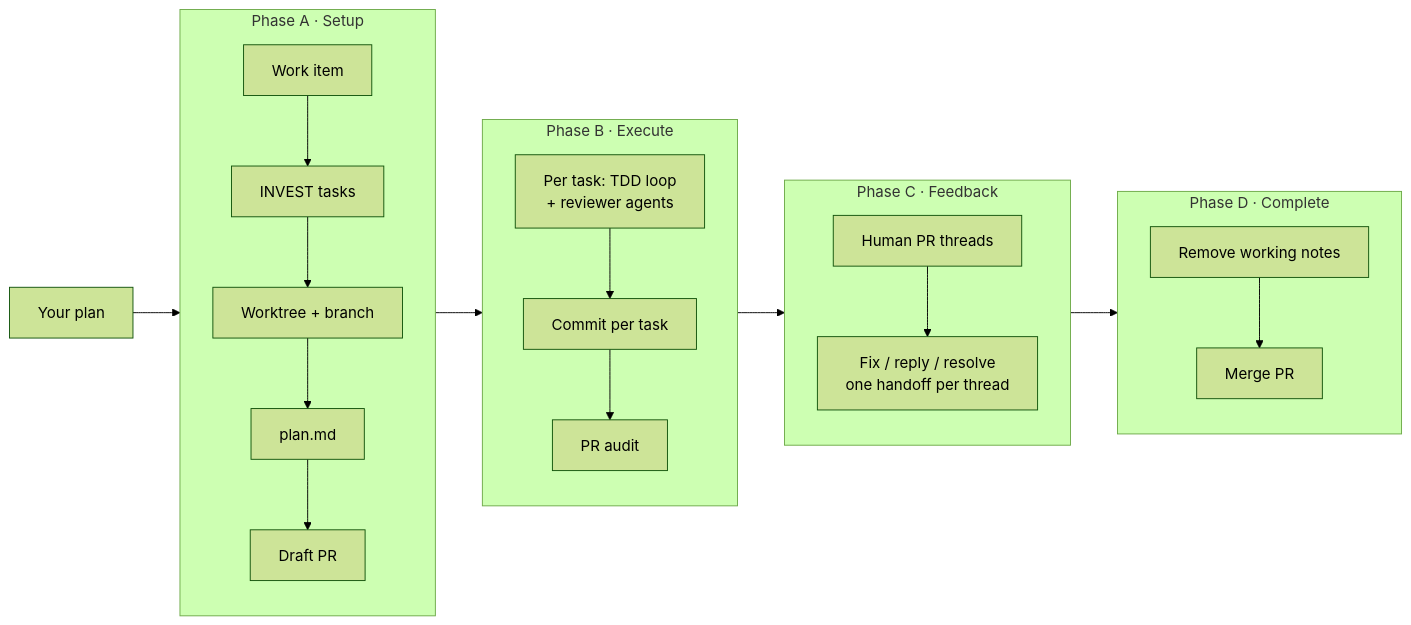
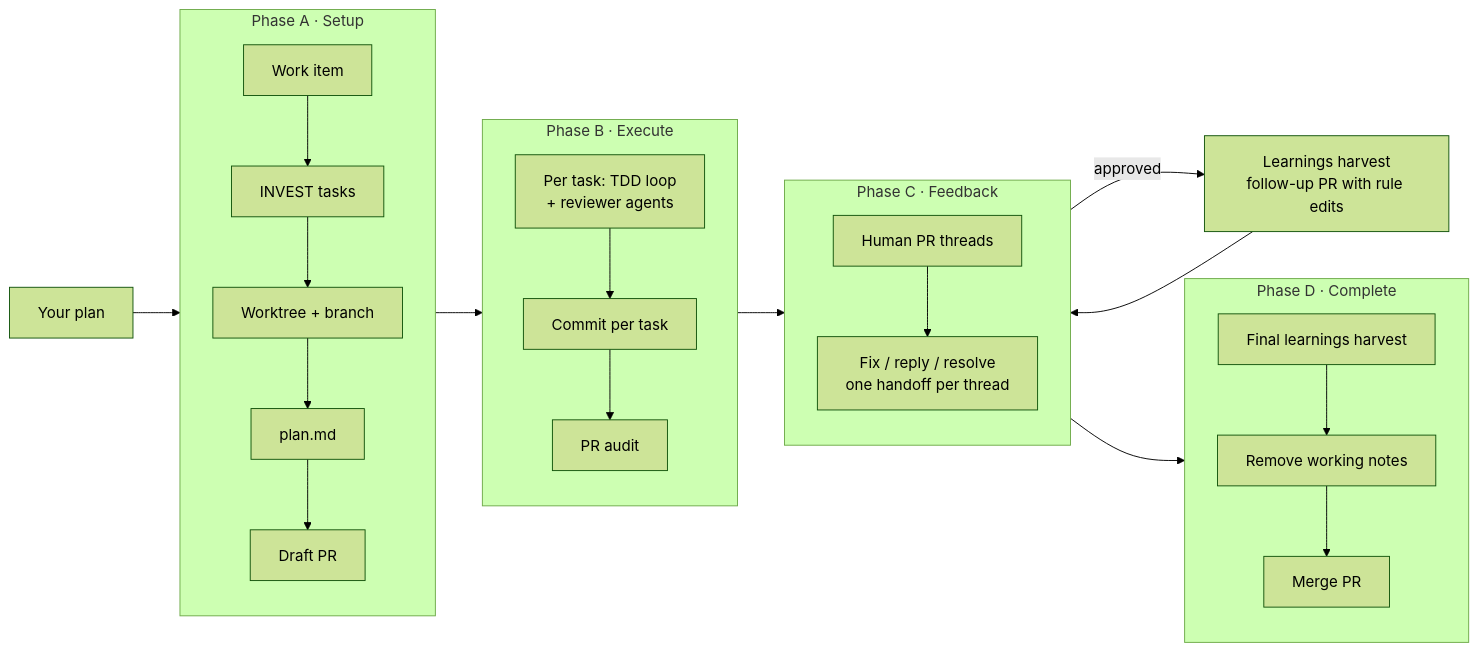
One commit to josemarcilio/skills changed the diagram in skills/engineering/dev-workflow/README.md. Above: the diagram before and after it, drawn with Mermaid (forest theme). The commit also changed other lines of this file and 15 other files, not shown here.

First line of the commit message:
Harvest review learnings into a follow-up PR in dev-workflow

````diff
--- a/skills/engineering/dev-workflow/README.md
+++ b/skills/engineering/dev-workflow/README.md
@@ -66,19 +72,21 @@
 ```mermaid
 flowchart LR
     P[Your plan] --> A
     subgraph A [Phase A · Setup]
         A1[Work item] --> A2[INVEST tasks] --> A3[Worktree + branch] --> A4[plan.md] --> A5[Draft PR]
     end
     A --> B
     subgraph B [Phase B · Execute]
         B1[Per task: TDD loop<br/>+ reviewer agents] --> B2[Commit per task] --> B3[PR audit]
     end
     B --> C
     subgraph C [Phase C · Feedback]
         C1[Human PR threads] --> C2[Fix / reply / resolve<br/>one handoff per thread]
     end
+    C -- approved --> L
+    L[Learnings harvest<br/>follow-up PR with rule edits] --> C
     C --> D
     subgraph D [Phase D · Complete]
-        D1[Remove working notes] --> D2[Merge PR]
+        D0[Final learnings harvest] --> D1[Remove working notes] --> D2[Merge PR]
     end
 ```
````
